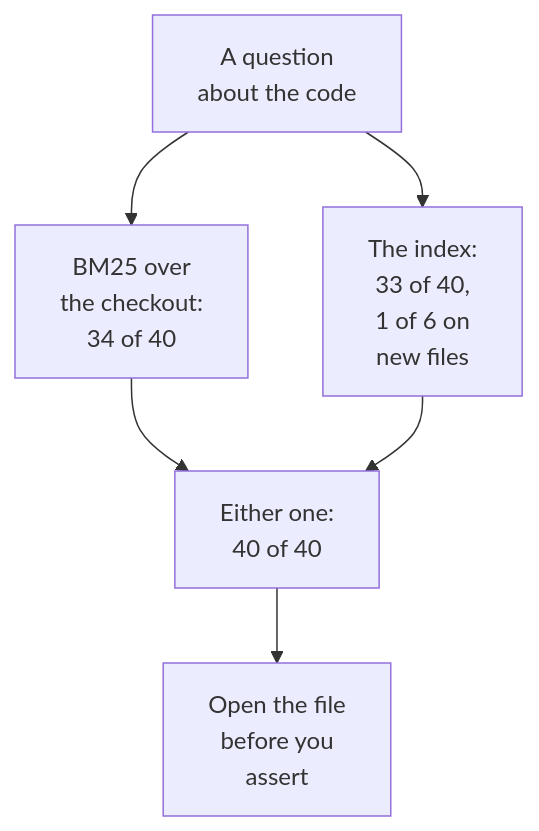
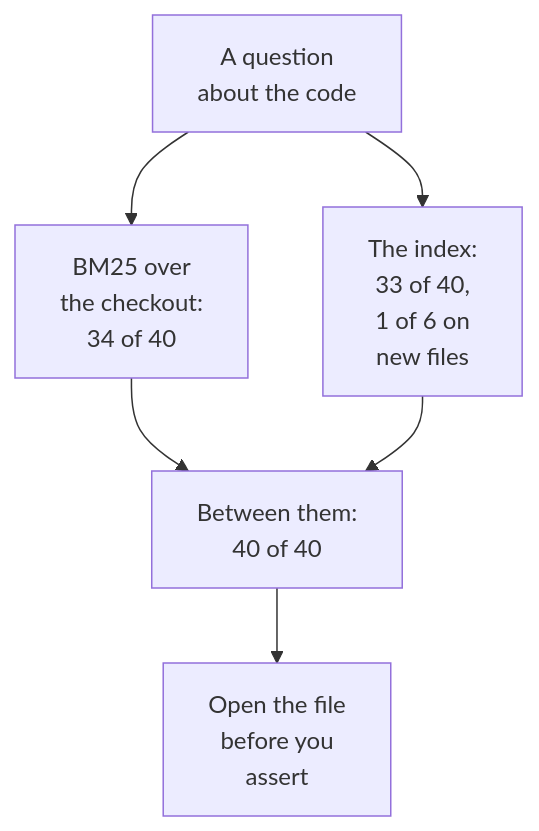
Before and after one commit to neomjs/neo: the diagram in learn/blog/codebase-knowledge-base-for-ai-coding-agents.md, drawn with Mermaid. The commit also changed other lines of this file, not shown here.

````diff
--- a/learn/blog/codebase-knowledge-base-for-ai-coding-agents.md
+++ b/learn/blog/codebase-knowledge-base-for-ai-coding-agents.md
@@ -114,8 +113,8 @@
 ```mermaid
 flowchart TD
     Q["A question<br/>about the code"] --> B["BM25 over<br/>the checkout:<br/>34 of 40"]
     Q --> I["The index:<br/>33 of 40,<br/>1 of 6 on<br/>new files"]
-    B --> E["Either one:<br/>40 of 40"]
+    B --> E["Between them:<br/>40 of 40"]
     I --> E
     E --> O["Open the file<br/>before you<br/>assert"]
 ```
````
